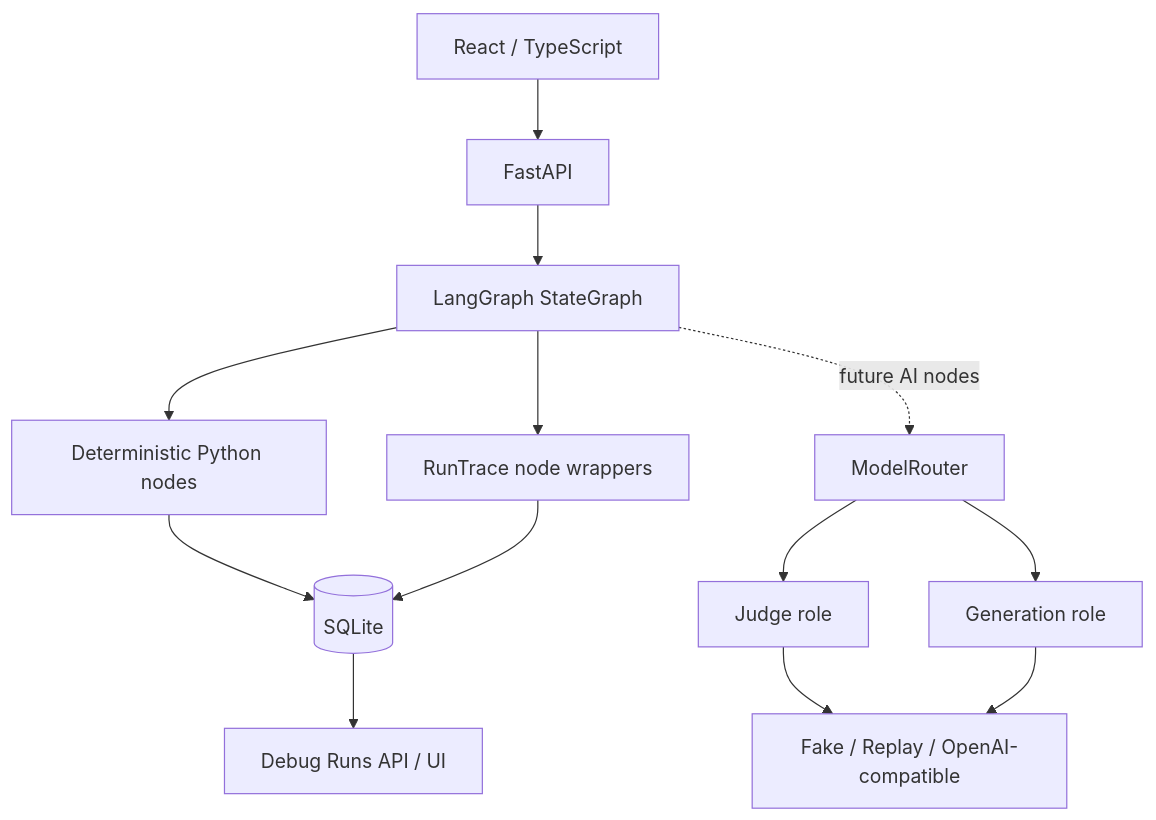
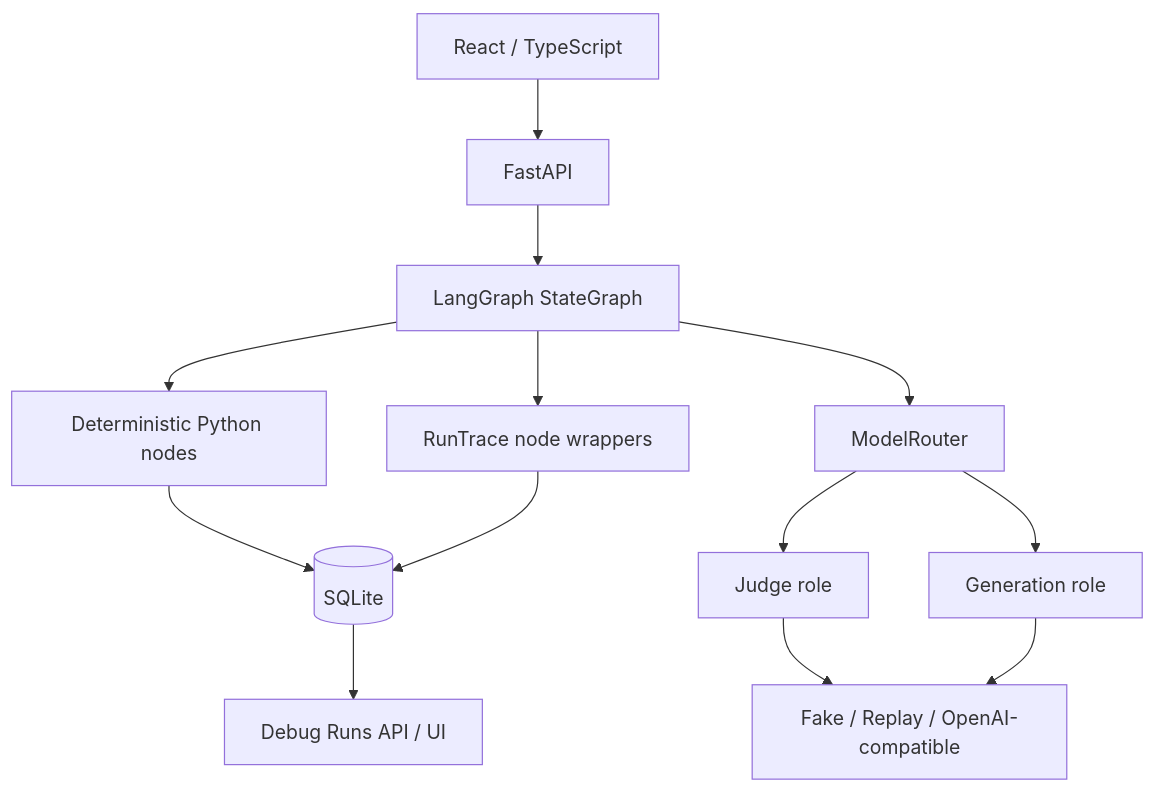
Before and after one commit to Houlx/career-copilot: the diagram in docs/ARCHITECTURE.md, drawn with Mermaid. The commit also changed other lines of this file and 42 other files, not shown here.

````diff
--- a/docs/ARCHITECTURE.md
+++ b/docs/ARCHITECTURE.md
@@ -5,15 +5,15 @@
 ```mermaid
 flowchart TD
     UI[React / TypeScript] --> API[FastAPI]
     API --> Graph[LangGraph StateGraph]
     Graph --> Python[Deterministic Python nodes]
     Python --> DB[(SQLite)]
-    Graph -. future AI nodes .-> Router[ModelRouter]
+    Graph --> Router[ModelRouter]
     Router --> Judge[Judge role]
     Router --> Generation[Generation role]
     Judge --> Provider[Fake / Replay / OpenAI-compatible]
     Generation --> Provider
     Graph --> Trace[RunTrace node wrappers]
     Trace --> DB
     DB --> Debug[Debug Runs API / UI]
 ```
````
